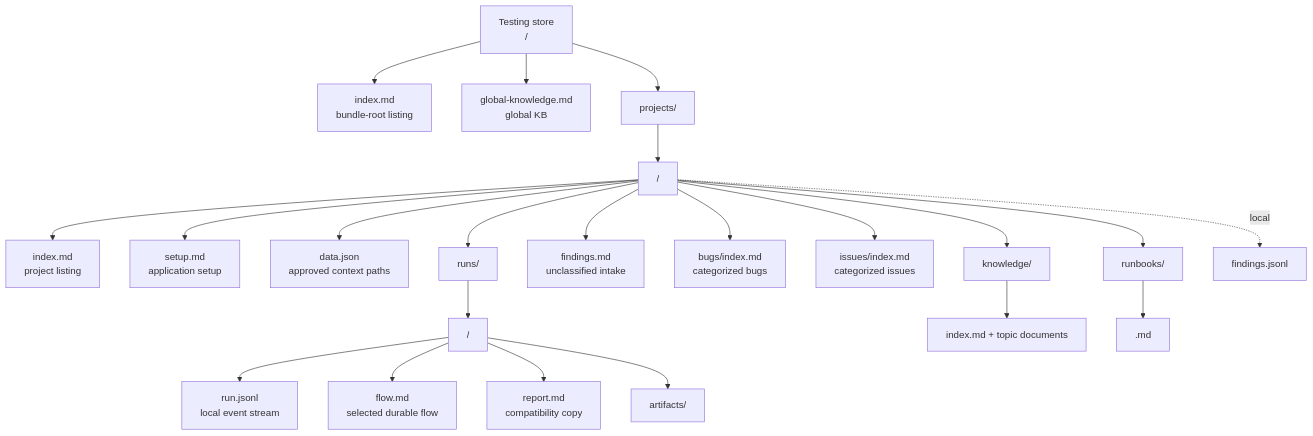
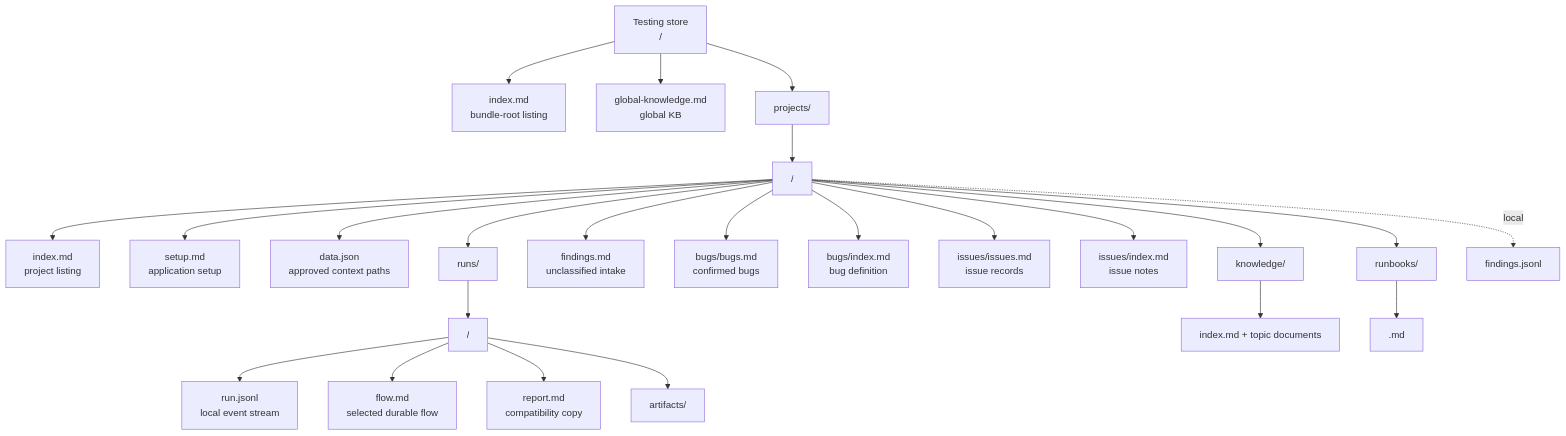
The fifth of 5 diagrams in architecture.md (abs-bot-01/abs-tester-data), drawn with Mermaid before and after one commit. The commit also changed other lines of this file and 7 other files, not shown here.

Commit message:
Add timed screenshot capture sequences

````diff
--- a/architecture.md
+++ b/architecture.md
@@ -81,28 +81,30 @@
 ```mermaid
 flowchart TD
     ROOT["Testing store<br/><data-root>/"]
     ROOT --> BI["index.md<br/>bundle-root listing"]
     ROOT --> GK["global-knowledge.md<br/>global KB"]
     ROOT --> PS["projects/"]
 
     PS --> P["<project>/"]
     P --> PI["index.md<br/>project listing"]
     P --> SETUP["setup.md<br/>application setup"]
     P --> DATA["data.json<br/>approved context paths"]
     P --> RUNS["runs/"]
     P --> FIND["findings.md<br/>unclassified intake"]
-    P --> BUGS["bugs/index.md<br/>categorized bugs"]
-    P --> ISSUES["issues/index.md<br/>categorized issues"]
+    P --> BUGS["bugs/bugs.md<br/>confirmed bugs"]
+    P --> BUG_INDEX["bugs/index.md<br/>bug definition"]
+    P --> ISSUES["issues/issues.md<br/>issue records"]
+    P --> ISSUE_INDEX["issues/index.md<br/>issue notes"]
     P --> KB["knowledge/"]
     P --> RB["runbooks/"]
     P -. local .-> FINDINGS_LOCAL["findings.jsonl"]
 
     RUNS --> RUN["<run-id>/"]
     RUN --> EVENTS_LOCAL["run.jsonl<br/>local event stream"]
     RUN --> FLOW["flow.md<br/>selected durable flow"]
     RUN --> REPORT["report.md<br/>compatibility copy"]
     RUN --> ART["artifacts/"]
 
     KB --> KBI["index.md + topic documents"]
     RB --> RBF["<runbook-id>.md"]
 ```
````
